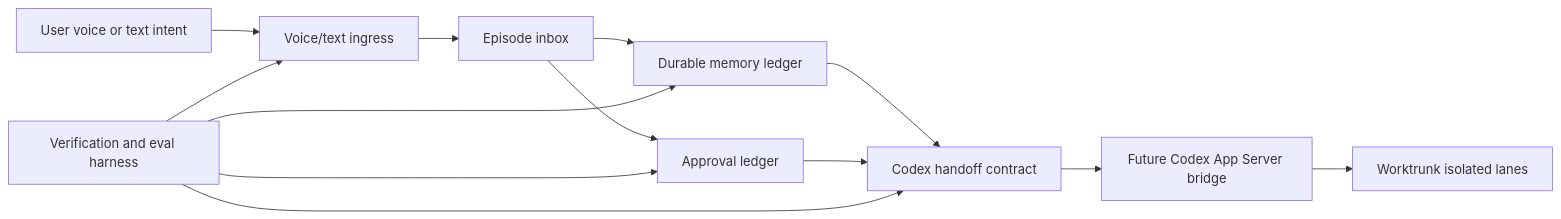
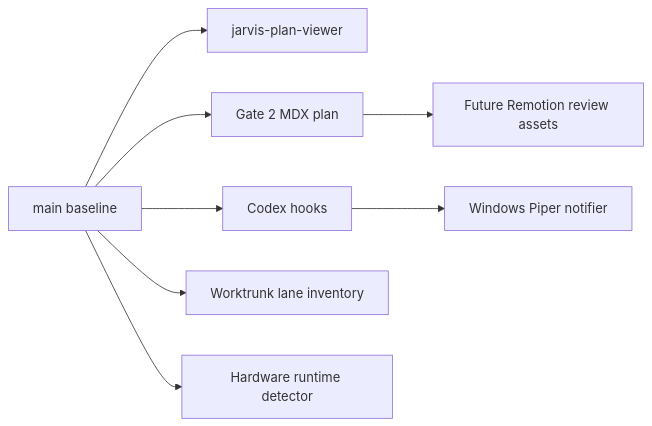
The diagram in plans/jarvis-codex-swarm/plan.mdx (cyIVER/jarvis-codex), drawn with Mermaid before and after one commit. The commit also changed other lines of this file and 4 other files, not shown here.

Commit message:
Stabilize Gate 2 local viewer baseline

````diff
--- a/plans/jarvis-codex-swarm/plan.mdx
+++ b/plans/jarvis-codex-swarm/plan.mdx
@@ -17,25 +18,19 @@
 ```mermaid
 flowchart LR
-  User[User voice or text intent]
-  Capture[Voice/text ingress]
-  Episodes[Episode inbox]
-  Memory[Durable memory ledger]
-  Approvals[Approval ledger]
-  Handoff[Codex handoff contract]
-  Bridge[Future Codex App Server bridge]
-  Worktrunk[Worktrunk isolated lanes]
-  Checks[Verification and eval harness]
+  Main[main baseline]
+  Viewer[jarvis-plan-viewer]
+  Plan[Gate 2 MDX plan]
+  Hooks[Codex hooks]
+  Notify[Windows Piper notifier]
+  Worktrunk[Worktrunk lane inventory]
+  Hardware[Hardware runtime detector]
+  Future[Future Remotion review assets]
 
-  User --> Capture
-  Capture --> Episodes
-  Episodes --> Memory
-  Episodes --> Approvals
-  Memory --> Handoff
-  Approvals --> Handoff
-  Handoff --> Bridge
-  Bridge --> Worktrunk
-  Checks --> Capture
-  Checks --> Memory
-  Checks --> Approvals
-  Checks --> Handoff
+  Main --> Viewer
+  Main --> Plan
+  Main --> Hooks
+  Hooks --> Notify
+  Main --> Worktrunk
+  Main --> Hardware
+  Plan --> Future
 ```
````
